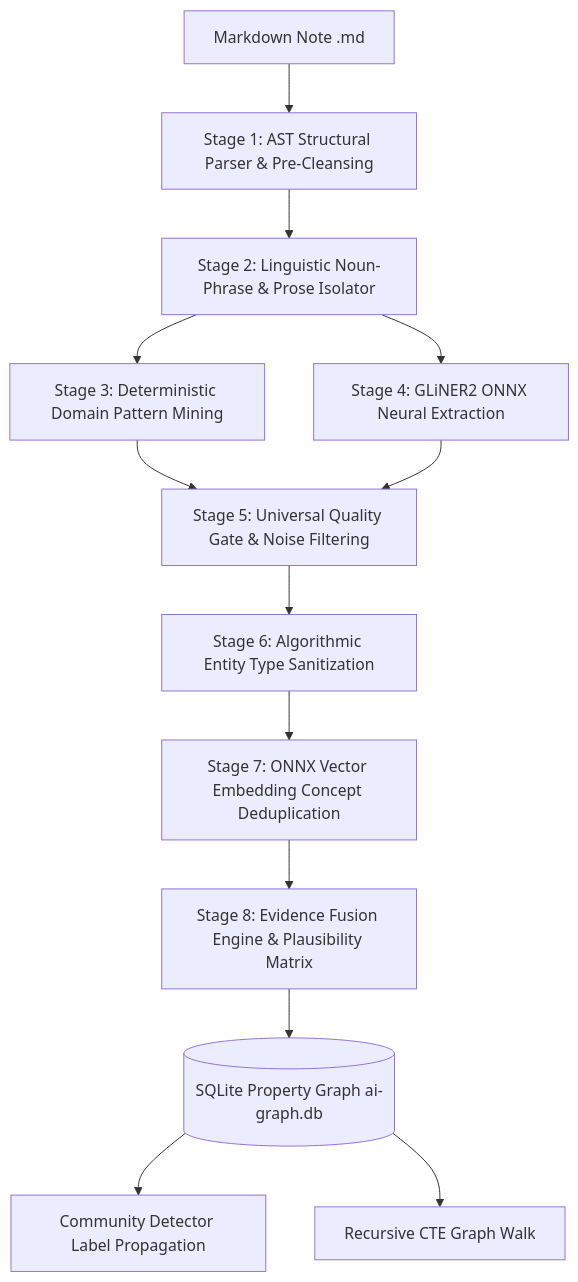
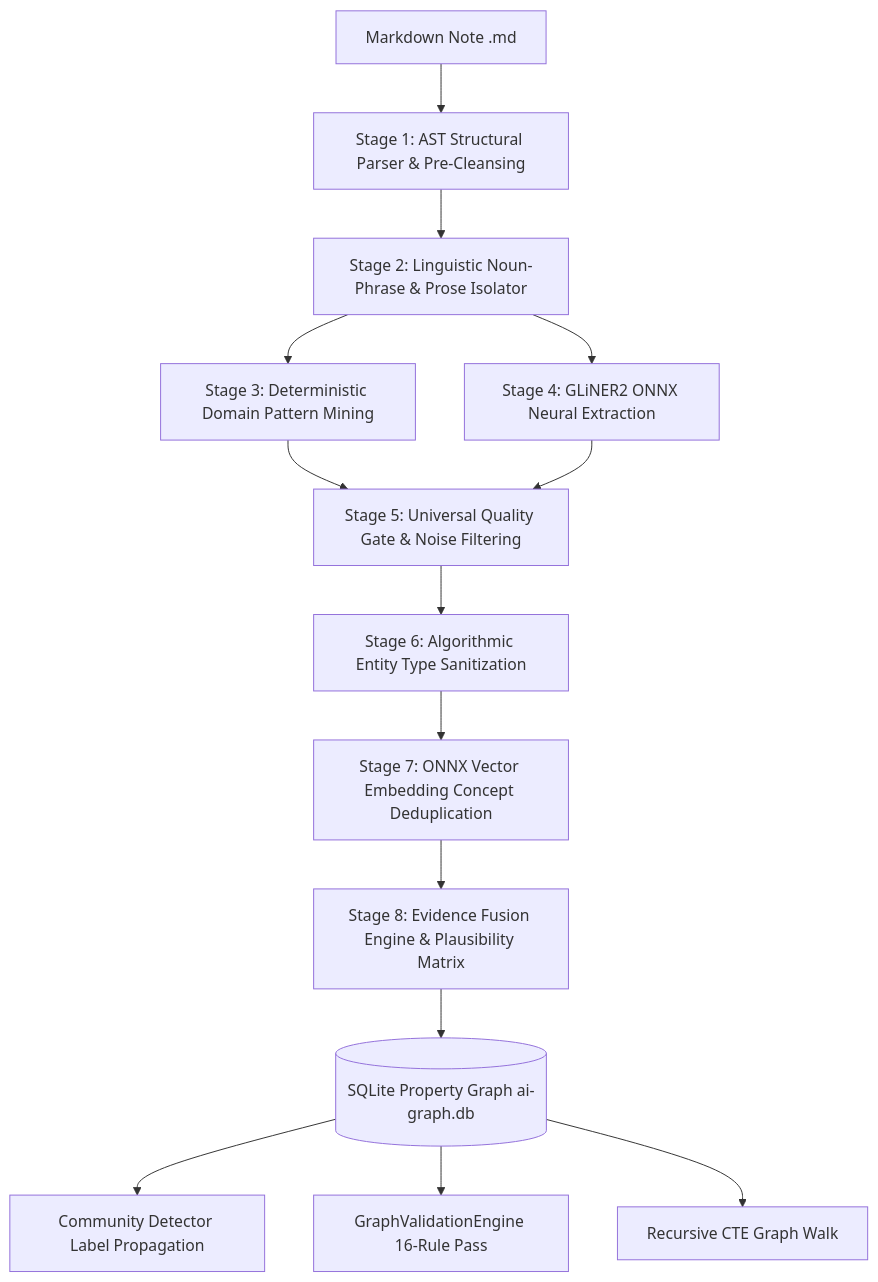
Before and after one commit to TheNotelyApp/Notely: the first of 4 diagrams in docs/ai/knowledge-graph.md, drawn with Mermaid. The commit also changed other lines of this file and 6 other files, not shown here.

````diff
--- a/docs/ai/knowledge-graph.md
+++ b/docs/ai/knowledge-graph.md
@@ -11,15 +11,16 @@
 ```mermaid
 flowchart TD
     MD[Markdown Note .md] --> S1[Stage 1: AST Structural Parser & Pre-Cleansing]
     S1 --> S2[Stage 2: Linguistic Noun-Phrase & Prose Isolator]
     S2 --> S3[Stage 3: Deterministic Domain Pattern Mining]
     S2 --> S4[Stage 4: GLiNER2 ONNX Neural Extraction]
     S3 & S4 --> S5[Stage 5: Universal Quality Gate & Noise Filtering]
     S5 --> S6[Stage 6: Algorithmic Entity Type Sanitization]
     S6 --> S7[Stage 7: ONNX Vector Embedding Concept Deduplication]
     S7 --> S8[Stage 8: Evidence Fusion Engine & Plausibility Matrix]
-    
+
     S8 --> DB[(SQLite Property Graph ai-graph.db)]
     DB --> CD[Community Detector Label Propagation]
+    DB --> VAL[GraphValidationEngine 16-Rule Pass]
     DB --> CTE[Recursive CTE Graph Walk]
 ```
````
